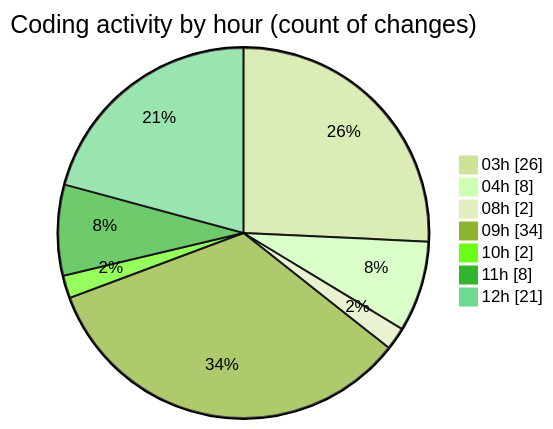
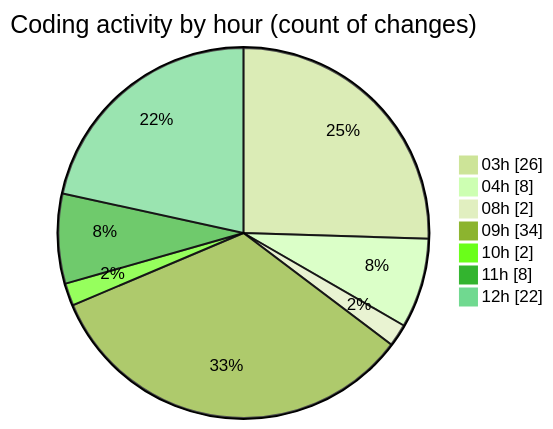
Before and after one commit to JenPaints/code-tracking: the second of 2 diagrams in 2025-06-20/modeljsondesigner/README.md, drawn with Mermaid (forest theme). The commit also changed other lines of this file and 1 other file, not shown here.

````diff
--- a/2025-06-20/modeljsondesigner/README.md
+++ b/2025-06-20/modeljsondesigner/README.md
@@ -57,11 +57,11 @@
 ```mermaid
 pie showData
 title Coding activity by hour (count of changes)
 "03h" : 26
 "04h" : 8
 "08h" : 2
 "09h" : 34
 "10h" : 2
 "11h" : 8
-"12h" : 21
+"12h" : 22
 ```
````
